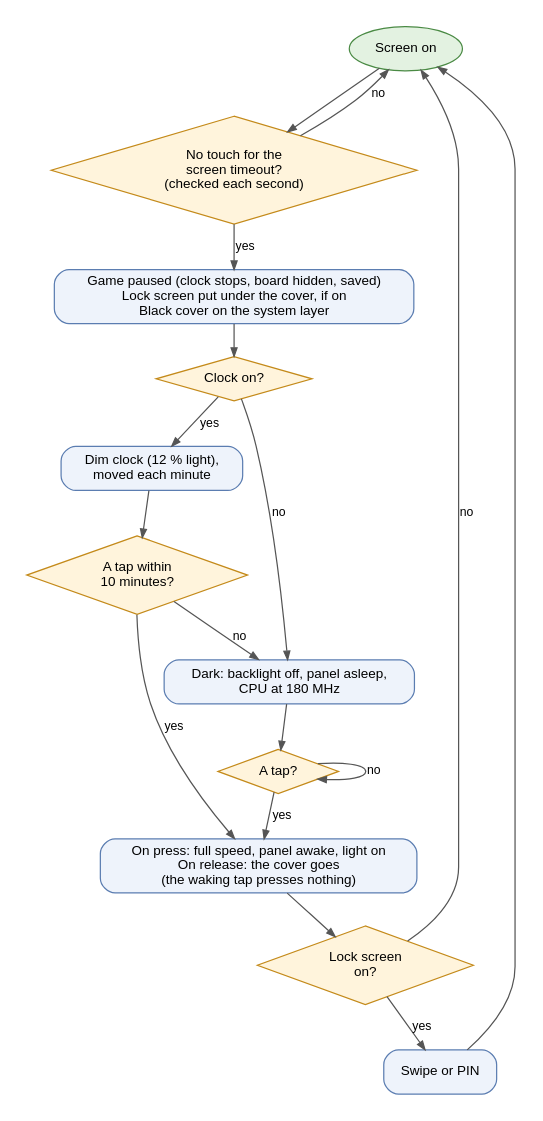
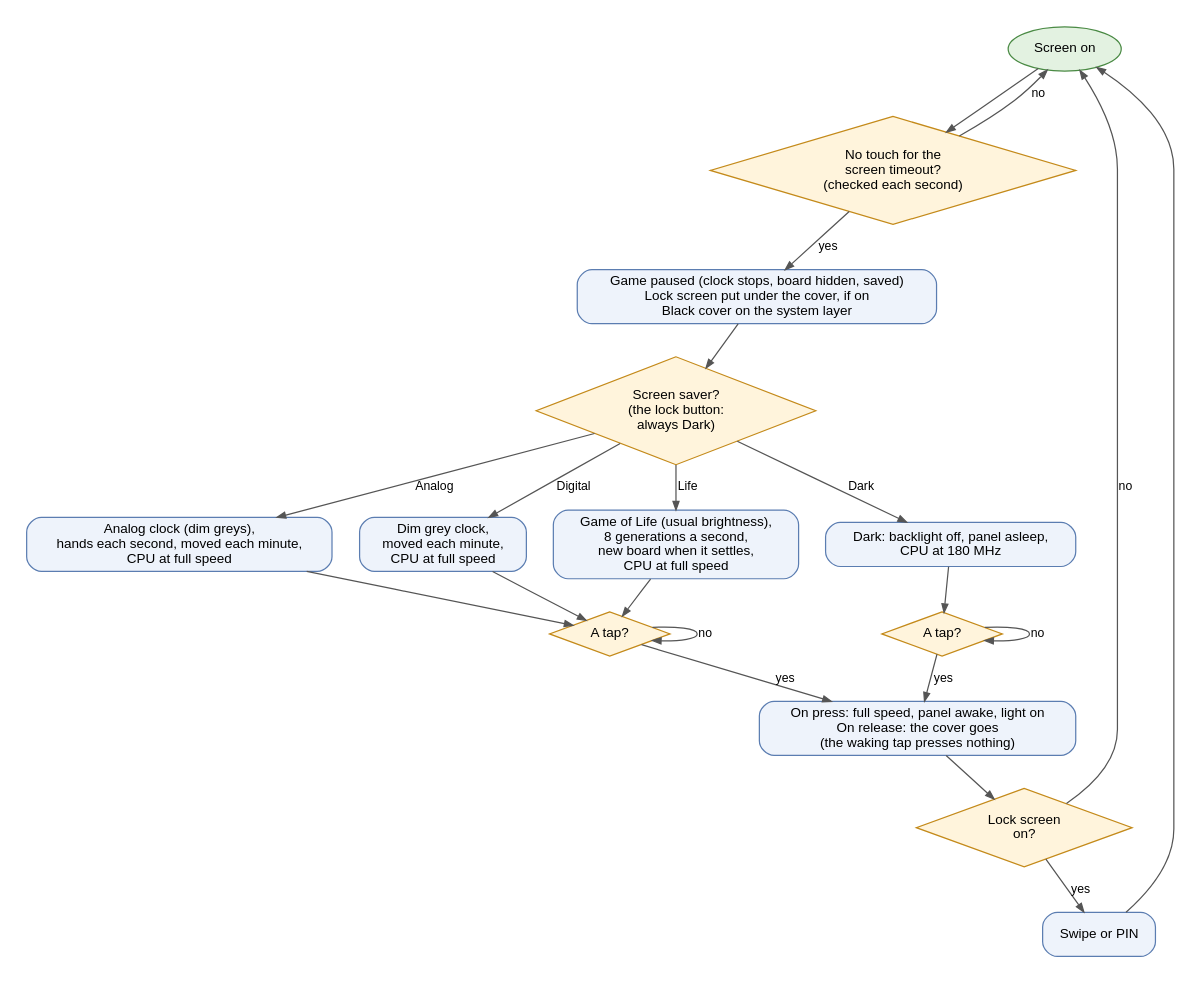
Before and after one commit to edipermadi/esp32p4_sudoku: the diagram in docs/diagrams/saver.dot, drawn with Graphviz. The commit also changed 22 other files, not shown here.

```diff
--- a/docs/diagrams/saver.dot
+++ b/docs/diagrams/saver.dot
@@ -1,34 +1,40 @@
 // The screen saver and power saving: saver_cb() in ui_saver.c, bsp_power_save()
 digraph saver {
     graph [bgcolor="white", fontname="Helvetica", fontsize=11, nodesep=0.3, ranksep=0.35, pad=0.2];
     node  [fontname="Helvetica", fontsize=11, shape=box, style="rounded,filled", fillcolor="#EEF3FB", color="#5B7DB1", margin="0.15,0.05"];
     edge  [fontname="Helvetica", fontsize=10, color="#555555", arrowsize=0.7];
     on    [shape=oval, fillcolor="#E3F2E1", color="#4A8A44", label="Screen on"];
     idle  [shape=diamond, style=filled, fillcolor="#FFF4DC", color="#C48A1A", label="No touch for the\nscreen timeout?\n(checked each second)"];
     pause [label="Game paused (clock stops, board hidden, saved)\nLock screen put under the cover, if on\nBlack cover on the system layer"];
-    clk   [shape=diamond, style=filled, fillcolor="#FFF4DC", color="#C48A1A", label="Clock on?"];
-    dim   [label="Dim clock (12 % light),\nmoved each minute"];
-    tap1  [shape=diamond, style=filled, fillcolor="#FFF4DC", color="#C48A1A", label="A tap within\n10 minutes?"];
+    clk   [shape=diamond, style=filled, fillcolor="#FFF4DC", color="#C48A1A", label="Screen saver?\n(the lock button:\nalways Dark)"];
+    analog[label="Analog clock (dim greys),\nhands each second, moved each minute,\nCPU at full speed"];
+    dim   [label="Dim grey clock,\nmoved each minute,\nCPU at full speed"];
+    life  [label="Game of Life (usual brightness),\n8 generations a second,\nnew board when it settles,\nCPU at full speed"];
+    tap1  [shape=diamond, style=filled, fillcolor="#FFF4DC", color="#C48A1A", label="A tap?"];
     dark  [label="Dark: backlight off, panel asleep,\nCPU at 180 MHz"];
     tap2  [shape=diamond, style=filled, fillcolor="#FFF4DC", color="#C48A1A", label="A tap?"];
     wake  [label="On press: full speed, panel awake, light on\nOn release: the cover goes\n(the waking tap presses nothing)"];
     lock  [shape=diamond, style=filled, fillcolor="#FFF4DC", color="#C48A1A", label="Lock screen\non?"];
     unlock[label="Swipe or PIN"];
 
     on -> idle;
     idle -> on [label="no"];
     idle -> pause [label="yes"];
     pause -> clk;
-    clk -> dim [label="yes"];
-    clk -> dark [label="no"];
+    clk -> dim [label="Digital"];
+    clk -> analog [label="Analog"];
+    clk -> life [label="Life"];
+    clk -> dark [label="Dark"];
     dim -> tap1;
+    analog -> tap1;
+    life -> tap1;
     tap1 -> wake [label="yes"];
-    tap1 -> dark [label="no"];
+    tap1 -> tap1 [label="no"];
     dark -> tap2;
     tap2 -> tap2 [label="no"];
     tap2 -> wake [label="yes"];
     wake -> lock;
     lock -> unlock [label="yes"];
     lock -> on [label="no"];
     unlock -> on;
 }
```
